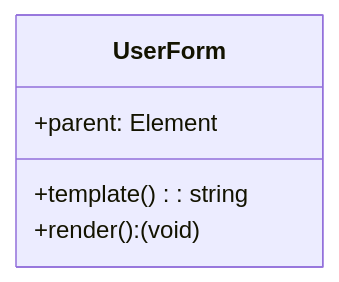
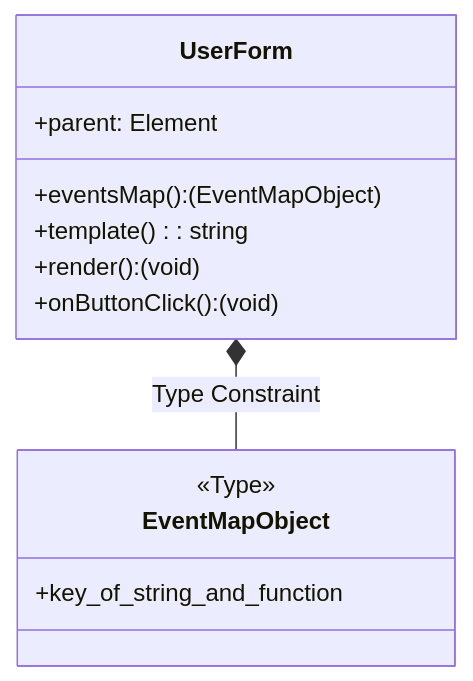
Before and after one commit to frzhen/typescript-web-framework: the fourth of 4 diagrams in README.md, drawn with Mermaid. The commit also changed 2 other files, not shown here.

Commit message:
Added bindEvent, eventsMap helper method to bind the events.

````diff
--- a/README.md
+++ b/README.md
@@ -259,8 +259,15 @@
 ```mermaid
    classDiagram
    class UserForm{
    +parent: Element
+   +eventsMap(): (EventMapObject)
    +template(): string
    +render(): (void)
+   +onButtonClick():(void)
    }
+   class EventMapObject {
+   <<Type>>
+   +key_of_string_and_function
+   }
+   UserForm *-- EventMapObject: Type Constraint
 ```
````
